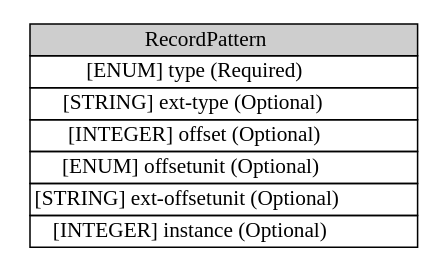
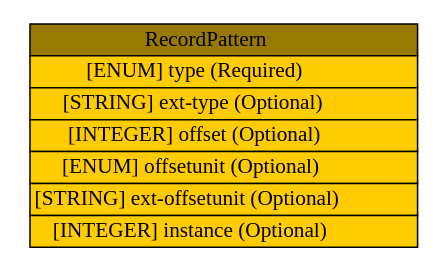
One commit to Moutix/idmef_parser changed the diagram in iodef/graph/RecordPattern.dot. Above: the diagram before and after it, drawn with Graphviz. The commit also changed 271 other files, not shown here.

Commit message:
Add color in IODEF diagram

```diff
--- a/iodef/graph/RecordPattern.dot
+++ b/iodef/graph/RecordPattern.dot
@@ -1,6 +1,6 @@
 digraph RecordPattern {
 	graph [rankdir=LR];
 	node [label="\N"];
 	graph [bb="0,0,266,148"];
-	RecordPattern [label=<<table BORDER="0" CELLBORDER="1" CELLSPACING="0"> <tr > <td BGCOLOR="#CECECE" HREF="#" TITLE="The RecordPattern class describes where in the content of the RecordItem relevant information can be found. It provides a way to reference subsets of information, identified by a pattern, in a large log file, audit trail, or forensic data. ">RecordPattern</td> </tr>" %<tr><td HREF="#" TITLE="Describes the type of pattern being specified in the element content.  The default is &quot;regex&quot;.">[ENUM] type (Required) </td></tr>%<tr><td HREF="#" TITLE="A means by which to extend the type attribute. See Section 5.1.">[STRING] ext-type (Optional) </td></tr>%<tr><td HREF="#" TITLE="Amount of units (determined by the offsetunit attribute) to seek into the RecordItem data before matching the pattern.">[INTEGER] offset (Optional) </td></tr>%<tr><td HREF="#" TITLE="Describes the units of the offset attribute. The default is &quot;line&quot;.">[ENUM] offsetunit (Optional) </td></tr>%<tr><td HREF="#" TITLE="A means by which to extend the offsetunit attribute.  See Section 5.1.">[STRING] ext-offsetunit (Optional) </td></tr>%<tr><td HREF="#" TITLE="Number of types to apply the specified pattern.">[INTEGER] instance (Optional) </td></tr>%</table>>, shape=plaintext, pos="133,74", width="3.6667", height="2.0694"];
+	RecordPattern [label=<<table BORDER="0" CELLBORDER="1" CELLSPACING="0"> <tr > <td BGCOLOR="#997a00" HREF="#" TITLE="The RecordPattern class describes where in the content of the RecordItem relevant information can be found. It provides a way to reference subsets of information, identified by a pattern, in a large log file, audit trail, or forensic data. ">RecordPattern</td> </tr>" %<tr><td BGCOLOR="#ffcc00" HREF="#" TITLE="Describes the type of pattern being specified in the element content.  The default is &quot;regex&quot;.">[ENUM] type (Required) </td></tr>%<tr><td BGCOLOR="#ffcc00" HREF="#" TITLE="A means by which to extend the type attribute. See Section 5.1.">[STRING] ext-type (Optional) </td></tr>%<tr><td BGCOLOR="#ffcc00" HREF="#" TITLE="Amount of units (determined by the offsetunit attribute) to seek into the RecordItem data before matching the pattern.">[INTEGER] offset (Optional) </td></tr>%<tr><td BGCOLOR="#ffcc00" HREF="#" TITLE="Describes the units of the offset attribute. The default is &quot;line&quot;.">[ENUM] offsetunit (Optional) </td></tr>%<tr><td BGCOLOR="#ffcc00" HREF="#" TITLE="A means by which to extend the offsetunit attribute.  See Section 5.1.">[STRING] ext-offsetunit (Optional) </td></tr>%<tr><td BGCOLOR="#ffcc00" HREF="#" TITLE="Number of types to apply the specified pattern.">[INTEGER] instance (Optional) </td></tr>%</table>>, shape=plaintext, pos="133,74", width="3.6667", height="2.0694"];
 }
```
